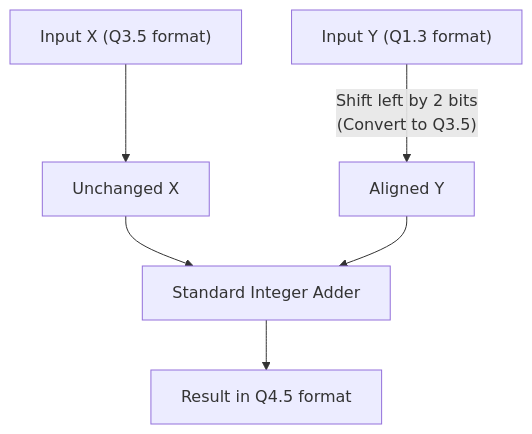
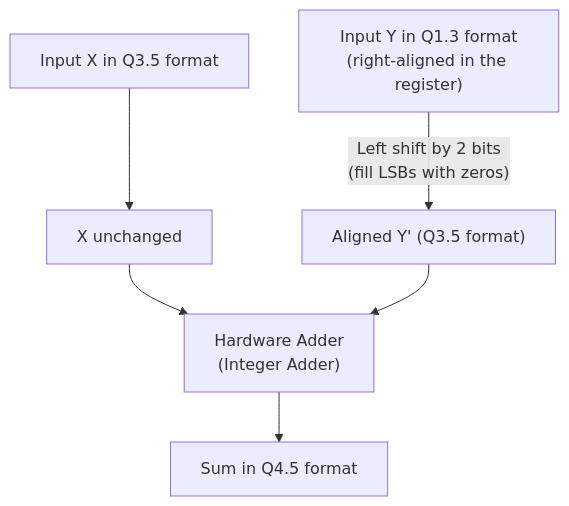
One commit to Mohammad-Khoshroo/number-systems changed the third of 12 diagrams in FXP/FXP.md. Above: the diagram before and after it, drawn with Mermaid. The commit also changed other lines of this file and 1 other file, not shown here.

````diff
--- a/FXP/FXP.md
+++ b/FXP/FXP.md
@@ -125,12 +166,12 @@
 ```mermaid
 flowchart TD
-    A["Input X (Q3.5 format)"]
-    B["Input Y (Q1.3 format)"]
+    A["Input X in Q3.5 format"]
+    B["Input Y in Q1.3 format<br/>(right-aligned in the register)"]
     
-    B -->|"Shift left by 2 bits<br/>(Convert to Q3.5)"| B_aligned["Aligned Y"]
-    A --> A_aligned["Unchanged X"]
+    B -->|"Left shift by 2 bits<br/>(fill LSBs with zeros)"| B_aligned["Aligned Y' (Q3.5 format)"]
+    A --> A_aligned["X unchanged"]
     
-    A_aligned --> ADD["Standard Integer Adder"]
+    A_aligned --> ADD["Hardware Adder<br/>(Integer Adder)"]
     B_aligned --> ADD
-    ADD --> OUT["Result in Q4.5 format"]
+    ADD --> OUT["Sum in Q4.5 format"]
 ```
````
